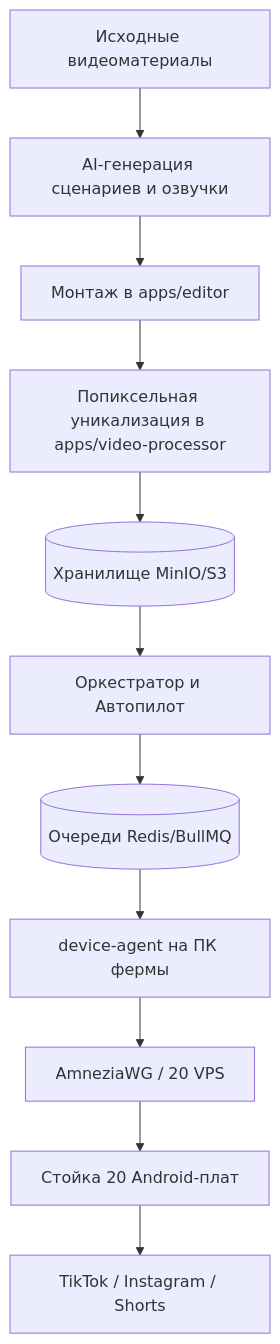
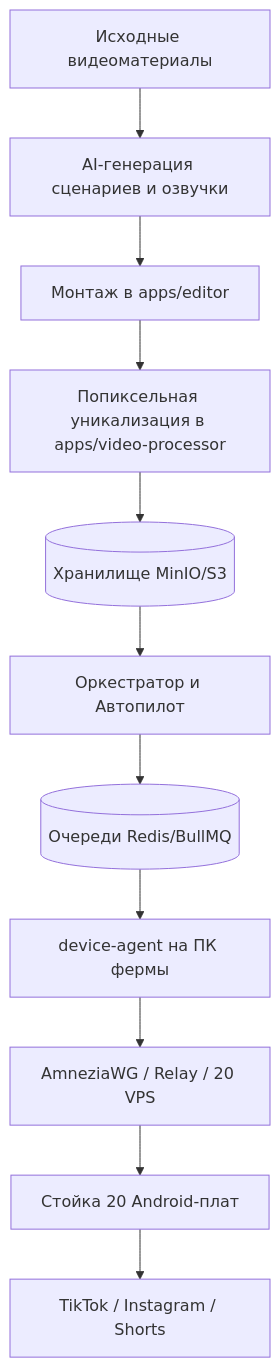
The diagram in allhandoff.md (risimoDev/kmmzavod), drawn with Mermaid before and after one commit. The commit also changed other lines of this file and 12 other files, not shown here.

````diff
--- a/allhandoff.md
+++ b/allhandoff.md
@@ -38,13 +38,13 @@
 ```mermaid
 flowchart TD
     Raw[Исходные видеоматериалы] --> AI[AI-генерация сценариев и озвучки]
     AI --> Edit[Монтаж в apps/editor]
     Edit --> Uniq[Попиксельная уникализация в apps/video-processor]
     Uniq --> S3[(Хранилище MinIO/S3)]
     S3 --> Orch[Оркестратор и Автопилот]
     Orch --> Queue[(Очереди Redis/BullMQ)]
     Queue --> Agent[device-agent на ПК фермы]
-    Agent --> Tunnel[AmneziaWG / 20 VPS]
+    Agent --> Tunnel[AmneziaWG / Relay / 20 VPS]
     Tunnel --> PhoneRack[Стойка 20 Android-плат]
     PhoneRack --> Socials[TikTok / Instagram / Shorts]
 ```
````
